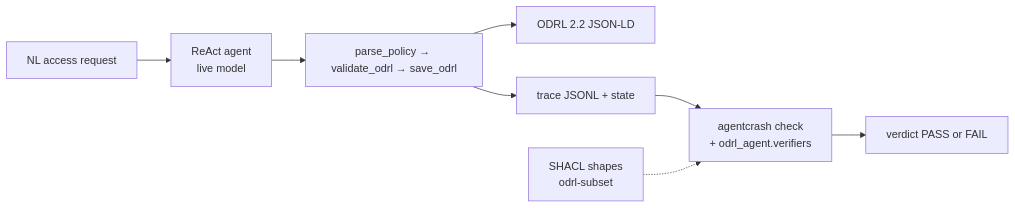
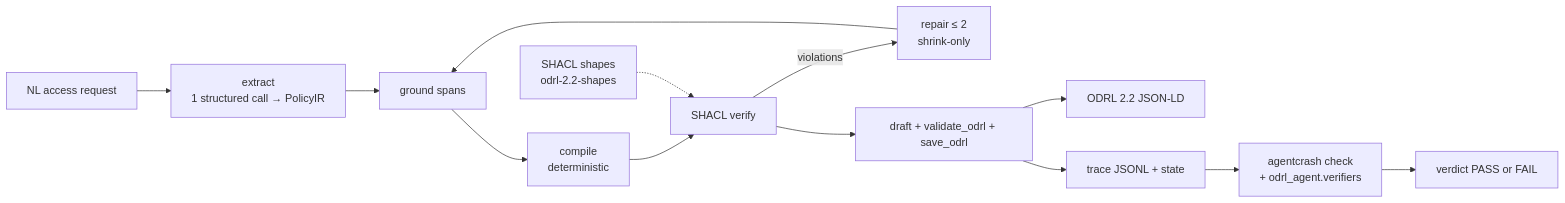
One commit to SahilSatyam/nl2odrl-responsible-ai changed the first of 2 diagrams in README.md. Above: the diagram before and after it, drawn with Mermaid. The commit also changed other lines of this file and 29 other files, not shown here.

First line of the commit message:
feat(pipeline): retire ReAct loop; extractor + shrink-only repair pipeline on full ODRL 2.2 SHACL

````diff
--- a/README.md
+++ b/README.md
@@ -29,10 +30,15 @@
 ```mermaid
 flowchart LR
-    NL[NL access request] --> A[ReAct agent<br/>live model]
-    A --> T[parse_policy → validate_odrl → save_odrl]
-    T --> O[ODRL 2.2 JSON-LD]
-    T --> TR[trace JSONL + state]
+    NL[NL access request] --> X[extract<br/>1 structured call → PolicyIR]
+    X --> G[ground spans]
+    G --> C[compile<br/>deterministic]
+    C --> S[SHACL verify]
+    S -- violations --> R[repair ≤ 2<br/>shrink-only]
+    R --> G
+    S --> D[draft + validate_odrl + save_odrl]
+    D --> O[ODRL 2.2 JSON-LD]
+    D --> TR[trace JSONL + state]
     TR --> V[agentcrash check<br/>+ odrl_agent.verifiers]
     V --> VD[verdict PASS or FAIL]
-    SH[SHACL shapes<br/>odrl-subset] -.-> V
+    SH[SHACL shapes<br/>odrl-2.2-shapes] -.-> S
 ```
````
